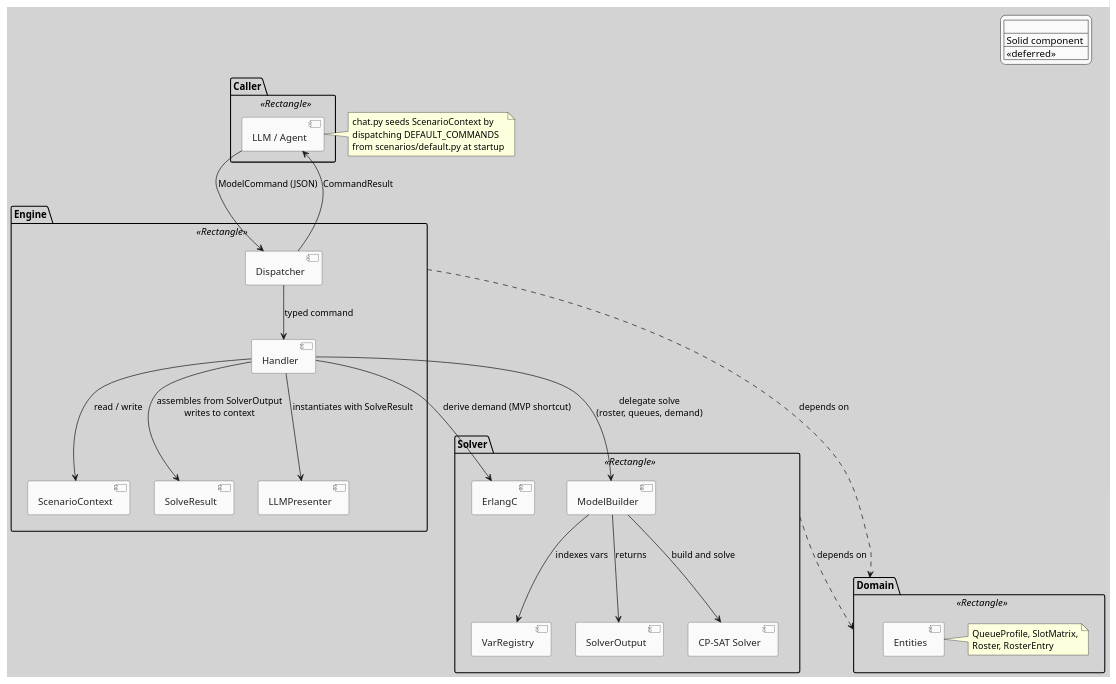
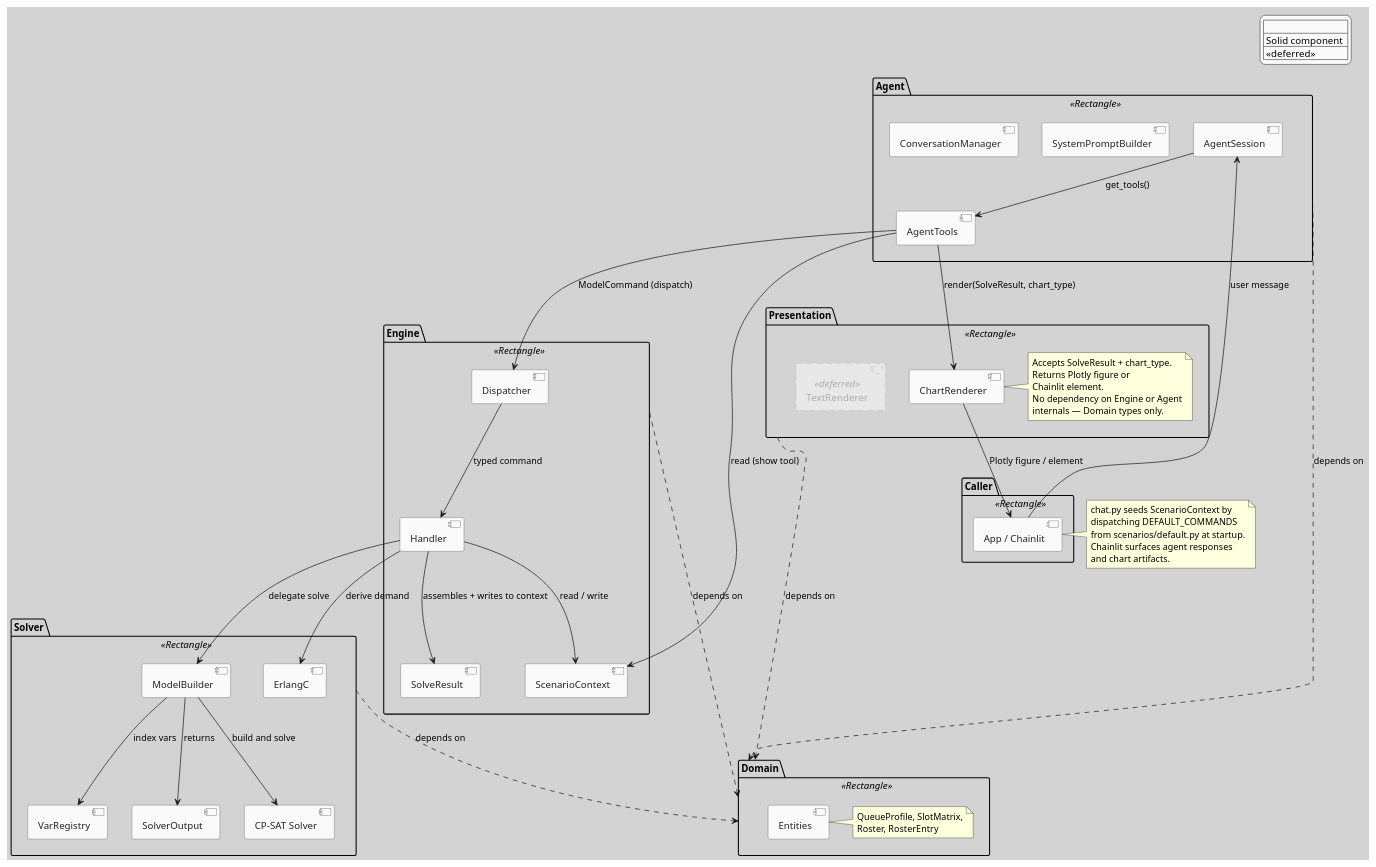
One commit to neon-tetra/schedule-architect changed the diagram in docs/uml/architecture_component.puml. Above: the diagram before and after it, drawn with PlantUML. The commit also changed 5 other files, not shown here.

```diff
--- a/docs/uml/architecture_component.puml
+++ b/docs/uml/architecture_component.puml
@@ -1,84 +1,106 @@
 @startuml architecture_component
 
 skinparam backgroundColor #D3D3D3
 skinparam defaultFontName Segoe UI
 
 skinparam component {
     BackgroundColor #FAFAFA
     BorderColor #555555
     FontColor #222222
     BackgroundColor<<deferred>> #E8E8E8
     BorderColor<<deferred>> #AAAAAA
     FontColor<<deferred>> #AAAAAA
     BorderStyle<<deferred>> dashed
 }
 
 skinparam legend {
     BackgroundColor #FAFAFA
     BorderColor #555555
 }
 
 legend top right
   <#FAFAFA,#555555>|                          |
   | Solid component  | Implemented            |
   | <<deferred>>     | Planned / future       |
 endlegend
 
-' ─────────────────────────────────────────
-' LAYERS
-' ─────────────────────────────────────────
-
 package "Caller" <<Rectangle>> {
-    [LLM / Agent] as LLM
+    [App / Chainlit] as App
 }
 
-note right of LLM
+note right of App
     chat.py seeds ScenarioContext by
     dispatching DEFAULT_COMMANDS
-    from scenarios/default.py at startup
+    from scenarios/default.py at startup.
+    Chainlit surfaces agent responses
+    and chart artifacts.
 end note
+
+package "Agent" <<Rectangle>> {
+    [AgentSession] as AgentSession
+    [AgentTools] as AgentTools
+    [SystemPromptBuilder] as SPB
+    [ConversationManager] as CM
+}
+
+package "Presentation" <<Rectangle>> {
+    [ChartRenderer] as ChartRenderer
+    note right of ChartRenderer
+        Accepts SolveResult + chart_type.
+        Returns Plotly figure or
+        Chainlit element.
+        No dependency on Engine or Agent
+        internals — Domain types only.
+    end note
+    [TextRenderer] <<deferred>> as TextRenderer
+}
 
 package "Engine" <<Rectangle>> {
     [Dispatcher] as Dispatcher
     [Handler] as Handler
     [ScenarioContext] as Context
     [SolveResult] as SolveResult
-    [LLMPresenter] as LLMPresenter
 }
 
 package "Solver" <<Rectangle>> {
     [ErlangC] as ErlangC
-    [VarRegistry] as VarRegistry
     [ModelBuilder] as ModelBuilder
     [SolverOutput] as SolverOutput
     [CP-SAT Solver] as CPSAT
+    [VarRegistry] as VarRegistry
 }
 
 package "Domain" <<Rectangle>> {
     [Entities] as Entities
     note right of Entities
         QueueProfile, SlotMatrix,
         Roster, RosterEntry
     end note
 }
 
 ' ─────────────────────────────────────────
 ' INTERACTIONS
 ' ─────────────────────────────────────────
 
-LLM --> Dispatcher : ModelCommand (JSON)
+App --> AgentSession : user message
+AgentSession --> AgentTools : get_tools()
+AgentTools --> Dispatcher : ModelCommand (dispatch)
+AgentTools --> Context : read (show tool)
+AgentTools --> ChartRenderer : render(SolveResult, chart_type)
+ChartRenderer --> App : Plotly figure / element
+
 Dispatcher --> Handler : typed command
 Handler --> Context : read / write
-Handler --> ErlangC : derive demand (MVP shortcut)
-Handler --> ModelBuilder : delegate solve\n(roster, queues, demand)
+Handler --> ErlangC : derive demand
+Handler --> ModelBuilder : delegate solve
 ModelBuilder --> CPSAT : build and solve
-ModelBuilder --> VarRegistry : indexes vars
+ModelBuilder --> VarRegistry : index vars
 ModelBuilder --> SolverOutput : returns
-Handler --> SolveResult : assembles from SolverOutput\nwrites to context
-Handler --> LLMPresenter : instantiates with SolveResult
-Dispatcher --> LLM : CommandResult
+Handler --> SolveResult : assembles + writes to context
 
+Agent ..> Domain : depends on
 Engine ..> Domain : depends on
 Solver ..> Domain : depends on
+Presentation ..> Domain : depends on
 
 @enduml
```
